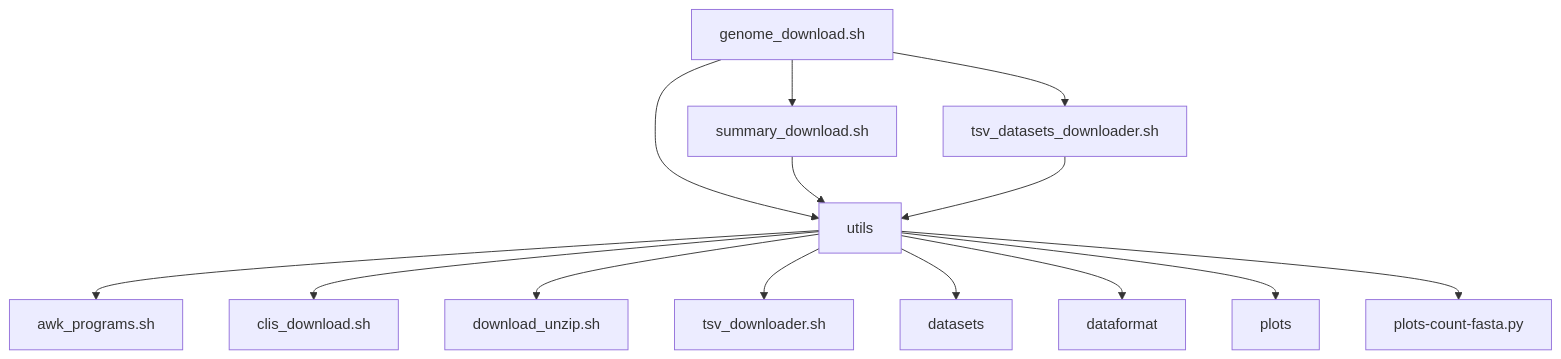
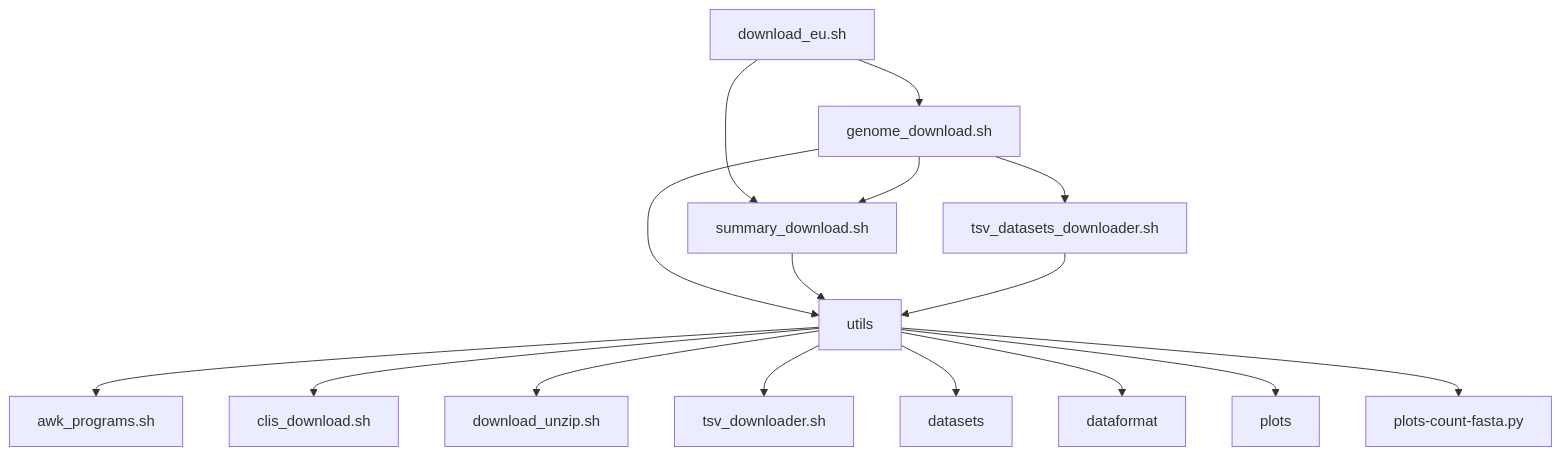
The diagram in README.md (jovillarrealm/cnsg-downloader-code), drawn with Mermaid before and after one commit. The commit also changed other lines of this file and 11 other files, not shown here.

````diff
--- a/README.md
+++ b/README.md
@@ -53,17 +57,19 @@
 ```mermaid
   graph TD;
+      download_eu.sh-->genome_download.sh;
+      download_eu.sh-->summary_download.sh;
       genome_download.sh-->summary_download.sh;
       genome_download.sh-->tsv_datasets_downloader.sh;
       genome_download.sh-->utils;
       summary_download.sh-->utils;
       tsv_datasets_downloader.sh-->utils;
       utils-->awk_programs.sh;
       utils-->clis_download.sh;
       utils-->download_unzip.sh;
       utils-->tsv_downloader.sh;
       utils-->datasets;
       utils-->dataformat;
       utils-->plots
       utils-->plots-count-fasta.py
   
 ```
````
